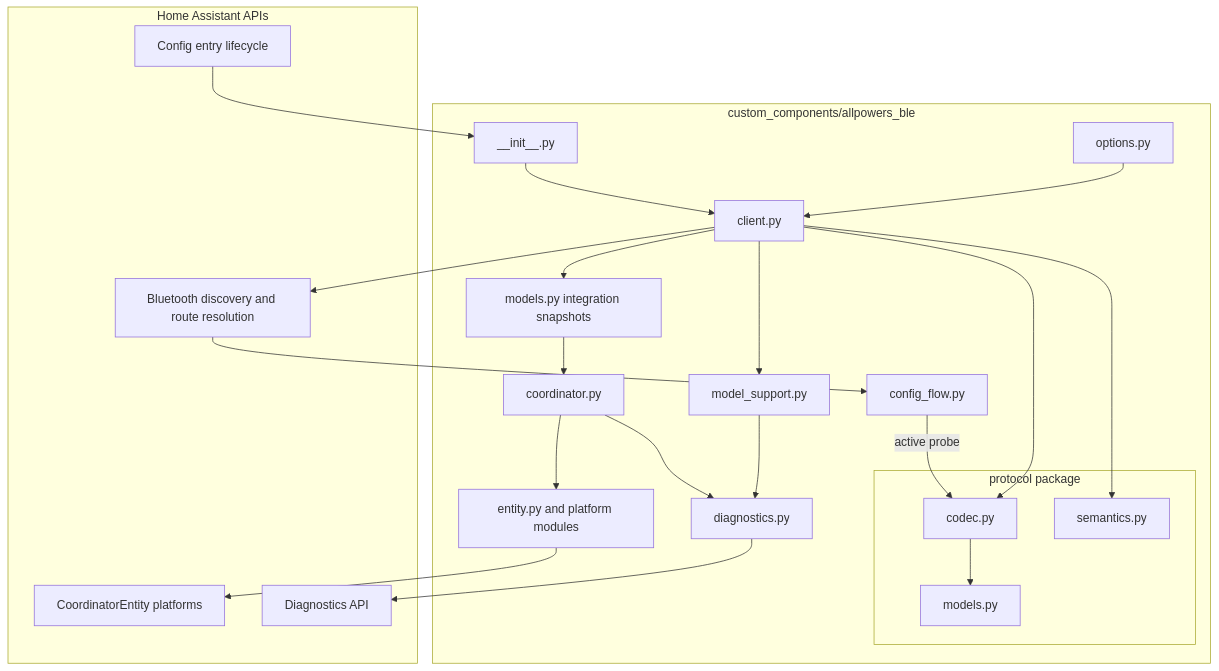
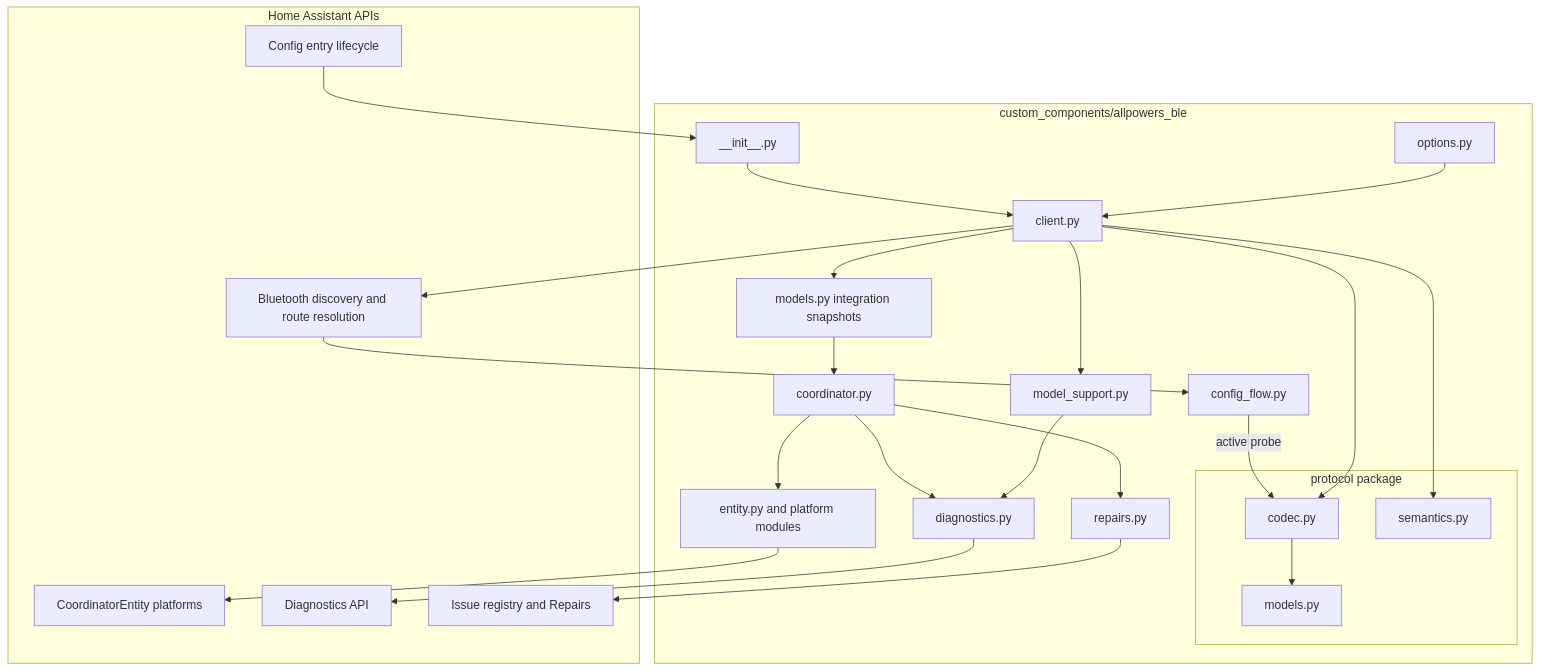
Before and after one commit to dedalodaelus/home-assistant-allpowers-ble: the third of 10 diagrams in docs/architecture/system-architecture.md, drawn with Mermaid. The commit also changed other lines of this file and 20 other files, not shown here.

````diff
--- a/docs/architecture/system-architecture.md
+++ b/docs/architecture/system-architecture.md
@@ -111,46 +112,50 @@
 ```mermaid
 flowchart TB
     subgraph HA[Home Assistant APIs]
         DISC[Bluetooth discovery and route resolution]
         CE[Config entry lifecycle]
         ENT[CoordinatorEntity platforms]
         DIAGAPI[Diagnostics API]
+        REPAIRSAPI[Issue registry and Repairs]
     end
 
     subgraph INTEGRATION[custom_components/allpowers_ble]
         FLOW[config_flow.py]
         SETUP[__init__.py]
         COORD[coordinator.py]
         CLIENT[client.py]
         POLICY[model_support.py]
         OPTIONS[options.py]
         DIAG[diagnostics.py]
+        REPAIRS[repairs.py]
         BASE[entity.py and platform modules]
 
         subgraph PROTOCOL[protocol package]
             CODEC[codec.py]
             PMODELS[models.py]
             SEM[semantics.py]
         end
 
         SNAP[models.py integration snapshots]
     end
 
     DISC --> FLOW
     FLOW -->|active probe| CODEC
     CE --> SETUP
     SETUP --> CLIENT
     OPTIONS --> CLIENT
     CLIENT --> DISC
     CLIENT --> CODEC
     CODEC --> PMODELS
     CLIENT --> SEM
     CLIENT --> POLICY
     CLIENT --> SNAP
     SNAP --> COORD
     COORD --> BASE
     BASE --> ENT
     COORD --> DIAG
+    COORD --> REPAIRS
     POLICY --> DIAG
     DIAG --> DIAGAPI
+    REPAIRS --> REPAIRSAPI
 ```
````
